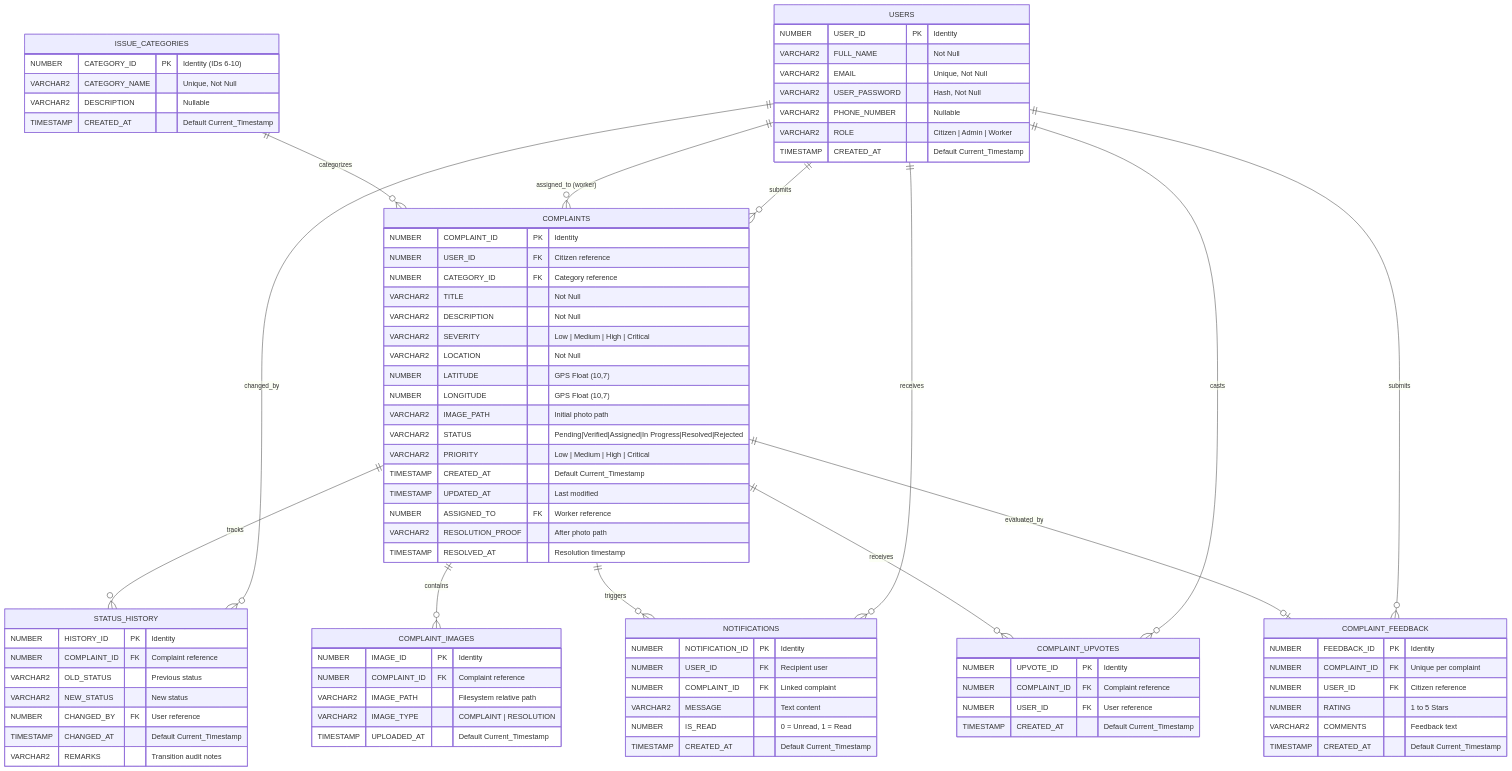
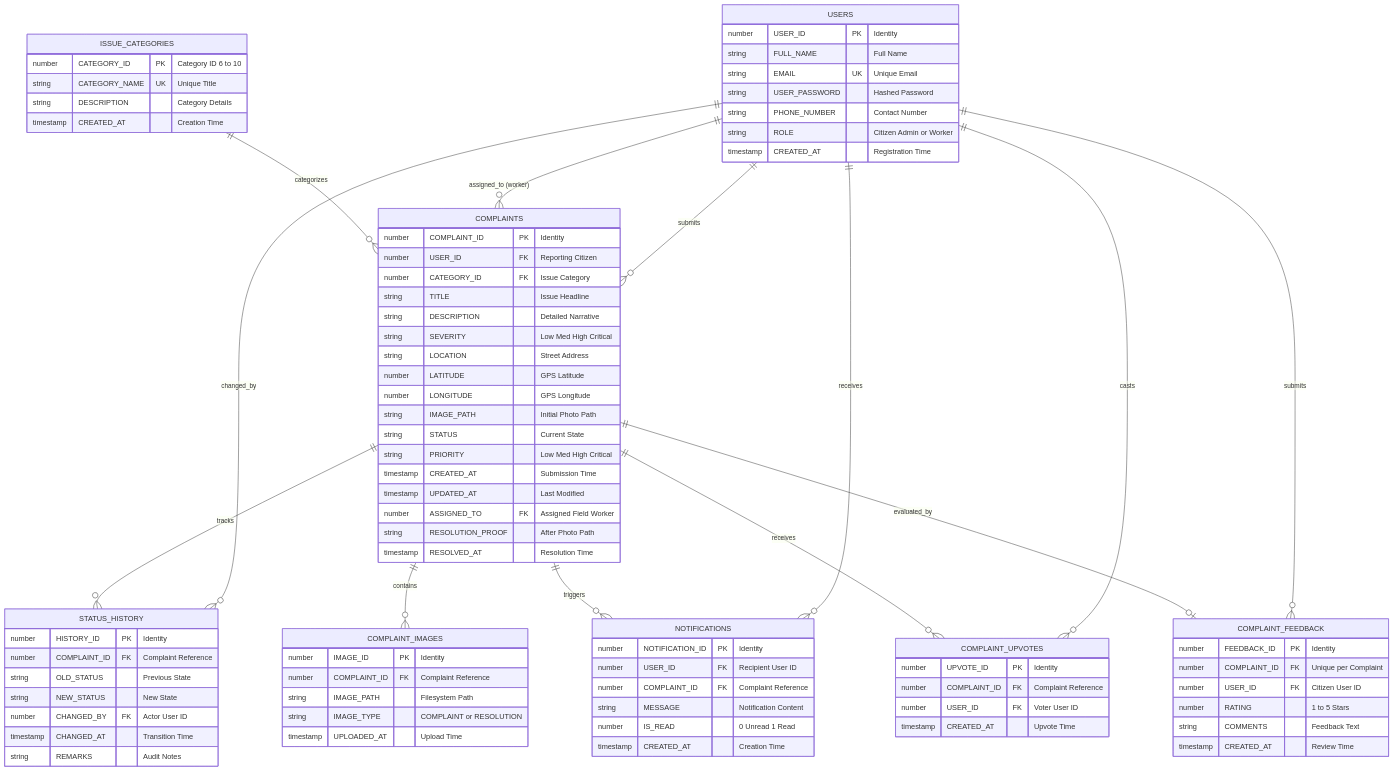
Before and after one commit to Sagarsen2001/CivicPulse: the third of 11 diagrams in docs/system_architecture.md, drawn with Mermaid. The commit also changed other lines of this file and 2 other files, not shown here.

````diff
--- a/docs/system_architecture.md
+++ b/docs/system_architecture.md
@@ -247,82 +247,82 @@
     COMPLAINTS ||--o| COMPLAINT_FEEDBACK : "evaluated_by"
 
     USERS {
-        NUMBER USER_ID PK "Identity"
-        VARCHAR2 FULL_NAME "Not Null"
-        VARCHAR2 EMAIL "Unique, Not Null"
-        VARCHAR2 USER_PASSWORD "Hash, Not Null"
-        VARCHAR2 PHONE_NUMBER "Nullable"
-        VARCHAR2 ROLE "Citizen | Admin | Worker"
-        TIMESTAMP CREATED_AT "Default Current_Timestamp"
+        number USER_ID PK "Identity"
+        string FULL_NAME "Full Name"
+        string EMAIL UK "Unique Email"
+        string USER_PASSWORD "Hashed Password"
+        string PHONE_NUMBER "Contact Number"
+        string ROLE "Citizen Admin or Worker"
+        timestamp CREATED_AT "Registration Time"
     }
 
     ISSUE_CATEGORIES {
-        NUMBER CATEGORY_ID PK "Identity (IDs 6-10)"
-        VARCHAR2 CATEGORY_NAME "Unique, Not Null"
-        VARCHAR2 DESCRIPTION "Nullable"
-        TIMESTAMP CREATED_AT "Default Current_Timestamp"
+        number CATEGORY_ID PK "Category ID 6 to 10"
+        string CATEGORY_NAME UK "Unique Title"
+        string DESCRIPTION "Category Details"
+        timestamp CREATED_AT "Creation Time"
     }
 
     COMPLAINTS {
-        NUMBER COMPLAINT_ID PK "Identity"
-        NUMBER USER_ID FK "Citizen reference"
-        NUMBER CATEGORY_ID FK "Category reference"
-        VARCHAR2 TITLE "Not Null"
-        VARCHAR2 DESCRIPTION "Not Null"
-        VARCHAR2 SEVERITY "Low | Medium | High | Critical"
-        VARCHAR2 LOCATION "Not Null"
-        NUMBER LATITUDE "GPS Float (10,7)"
-        NUMBER LONGITUDE "GPS Float (10,7)"
-        VARCHAR2 IMAGE_PATH "Initial photo path"
-        VARCHAR2 STATUS "Pending|Verified|Assigned|In Progress|Resolved|Rejected"
-        VARCHAR2 PRIORITY "Low | Medium | High | Critical"
-        TIMESTAMP CREATED_AT "Default Current_Timestamp"
-        TIMESTAMP UPDATED_AT "Last modified"
-        NUMBER ASSIGNED_TO FK "Worker reference"
-        VARCHAR2 RESOLUTION_PROOF "After photo path"
-        TIMESTAMP RESOLVED_AT "Resolution timestamp"
+        number COMPLAINT_ID PK "Identity"
+        number USER_ID FK "Reporting Citizen"
+        number CATEGORY_ID FK "Issue Category"
+        string TITLE "Issue Headline"
+        string DESCRIPTION "Detailed Narrative"
+        string SEVERITY "Low Med High Critical"
+        string LOCATION "Street Address"
+        number LATITUDE "GPS Latitude"
+        number LONGITUDE "GPS Longitude"
+        string IMAGE_PATH "Initial Photo Path"
+        string STATUS "Current State"
+        string PRIORITY "Low Med High Critical"
+        timestamp CREATED_AT "Submission Time"
+        timestamp UPDATED_AT "Last Modified"
+        number ASSIGNED_TO FK "Assigned Field Worker"
+        string RESOLUTION_PROOF "After Photo Path"
+        timestamp RESOLVED_AT "Resolution Time"
     }
 
     STATUS_HISTORY {
-        NUMBER HISTORY_ID PK "Identity"
-        NUMBER COMPLAINT_ID FK "Complaint reference"
-        VARCHAR2 OLD_STATUS "Previous status"
-        VARCHAR2 NEW_STATUS "New status"
-        NUMBER CHANGED_BY FK "User reference"
-        TIMESTAMP CHANGED_AT "Default Current_Timestamp"
-        VARCHAR2 REMARKS "Transition audit notes"
+        number HISTORY_ID PK "Identity"
+        number COMPLAINT_ID FK "Complaint Reference"
+        string OLD_STATUS "Previous State"
+        string NEW_STATUS "New State"
+        number CHANGED_BY FK "Actor User ID"
+        timestamp CHANGED_AT "Transition Time"
+        string REMARKS "Audit Notes"
     }
 
     COMPLAINT_IMAGES {
-        NUMBER IMAGE_ID PK "Identity"
-        NUMBER COMPLAINT_ID FK "Complaint reference"
-        VARCHAR2 IMAGE_PATH "Filesystem relative path"
-        VARCHAR2 IMAGE_TYPE "COMPLAINT | RESOLUTION"
-        TIMESTAMP UPLOADED_AT "Default Current_Timestamp"
+        number IMAGE_ID PK "Identity"
+        number COMPLAINT_ID FK "Complaint Reference"
+        string IMAGE_PATH "Filesystem Path"
+        string IMAGE_TYPE "COMPLAINT or RESOLUTION"
+        timestamp UPLOADED_AT "Upload Time"
     }
 
     NOTIFICATIONS {
-        NUMBER NOTIFICATION_ID PK "Identity"
-        NUMBER USER_ID FK "Recipient user"
-        NUMBER COMPLAINT_ID FK "Linked complaint"
-        VARCHAR2 MESSAGE "Text content"
-        NUMBER IS_READ "0 = Unread, 1 = Read"
-        TIMESTAMP CREATED_AT "Default Current_Timestamp"
+        number NOTIFICATION_ID PK "Identity"
+        number USER_ID FK "Recipient User ID"
+        number COMPLAINT_ID FK "Complaint Reference"
+        string MESSAGE "Notification Content"
+        number IS_READ "0 Unread 1 Read"
+        timestamp CREATED_AT "Creation Time"
     }
 
     COMPLAINT_UPVOTES {
-        NUMBER UPVOTE_ID PK "Identity"
-        NUMBER COMPLAINT_ID FK "Complaint reference"
-        NUMBER USER_ID FK "User reference"
-        TIMESTAMP CREATED_AT "Default Current_Timestamp"
+        number UPVOTE_ID PK "Identity"
+        number COMPLAINT_ID FK "Complaint Reference"
+        number USER_ID FK "Voter User ID"
+        timestamp CREATED_AT "Upvote Time"
     }
 
     COMPLAINT_FEEDBACK {
-        NUMBER FEEDBACK_ID PK "Identity"
-        NUMBER COMPLAINT_ID FK "Unique per complaint"
-        NUMBER USER_ID FK "Citizen reference"
-        NUMBER RATING "1 to 5 Stars"
-        VARCHAR2 COMMENTS "Feedback text"
-        TIMESTAMP CREATED_AT "Default Current_Timestamp"
+        number FEEDBACK_ID PK "Identity"
+        number COMPLAINT_ID FK "Unique per Complaint"
+        number USER_ID FK "Citizen User ID"
+        number RATING "1 to 5 Stars"
+        string COMMENTS "Feedback Text"
+        timestamp CREATED_AT "Review Time"
     }
 ```
````
